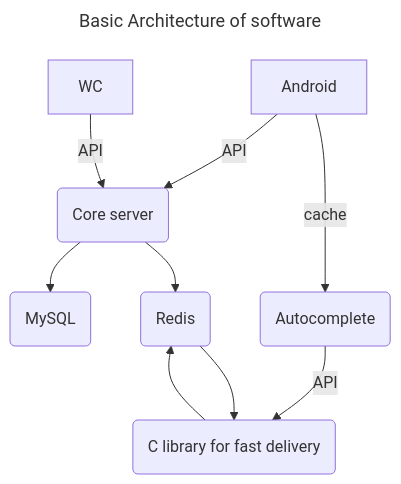
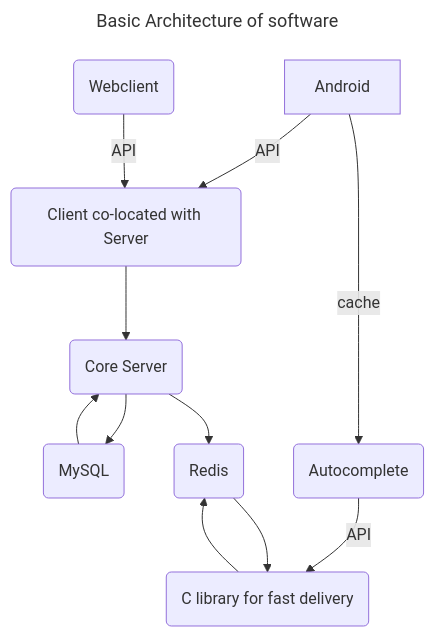
Before and after one commit to aparavind/projects: the second of 2 diagrams in README.md, drawn with Mermaid. The commit also changed 4 other files, not shown here.

`````diff
--- a/README.md
+++ b/README.md
@@ -36,14 +36,16 @@
     ````mermaid
     ---
     title: Basic Architecture of software
     ---
     flowchart TD
-        A[Android] -->|API| CS(Web Client)
-        WC -->|API| CS(Core server)
+        A[Android] -->|API| SCW(Client co-located with Server)
+        WC(Webclient) -->|API| SCW
+        SCW --> CS(Core Server)
         CS --> RDBMS(MySQL)
+        RDBMS --> CS
         CS --> INM(Redis)
         A -->|cache| AC(Autocomplete)
         AC -->|API| CL(C library for fast delivery)
         CL --> INM
         INM --> CL
     ````
`````
